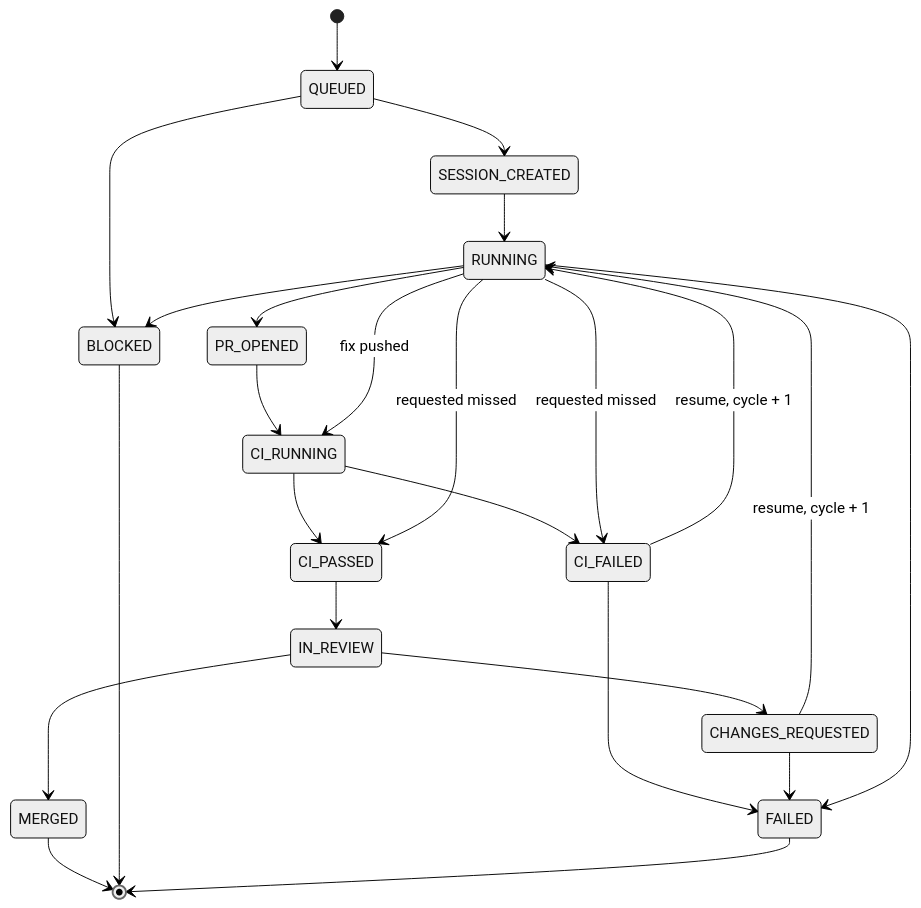
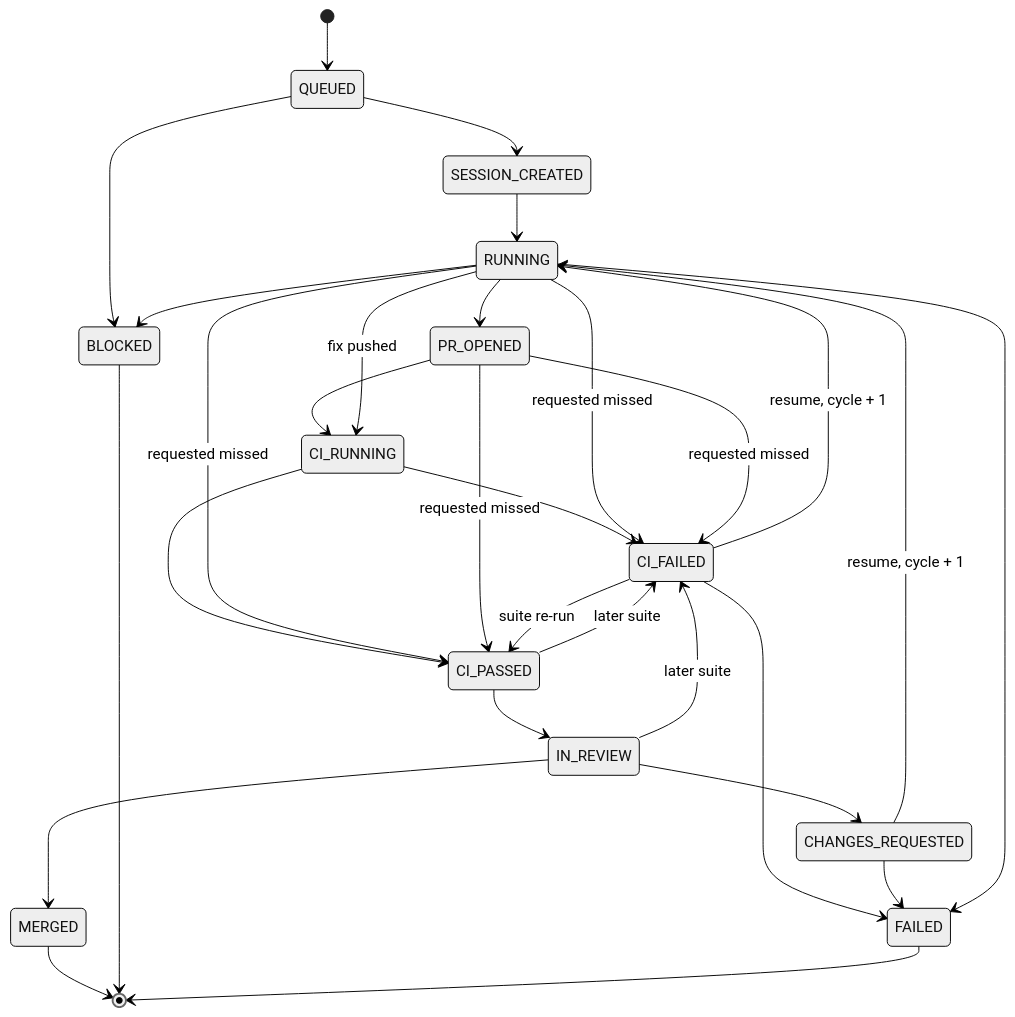
One commit to taxpon/sentinel changed the first of 2 diagrams in docs/04-state-machine.md. Above: the diagram before and after it, drawn with Mermaid (neutral theme). The commit also changed other lines of this file and 5 other files, not shown here.

````diff
--- a/docs/04-state-machine.md
+++ b/docs/04-state-machine.md
@@ -7,26 +7,31 @@
 ```mermaid
 stateDiagram-v2
     [*] --> QUEUED
     QUEUED --> SESSION_CREATED
     SESSION_CREATED --> RUNNING
     RUNNING --> PR_OPENED
     PR_OPENED --> CI_RUNNING
     RUNNING --> CI_RUNNING : fix pushed
     CI_RUNNING --> CI_FAILED
     CI_RUNNING --> CI_PASSED
     RUNNING --> CI_FAILED : requested missed
     RUNNING --> CI_PASSED : requested missed
+    PR_OPENED --> CI_FAILED : requested missed
+    PR_OPENED --> CI_PASSED : requested missed
+    CI_FAILED --> CI_PASSED : suite re-run
+    CI_PASSED --> CI_FAILED : later suite
+    IN_REVIEW --> CI_FAILED : later suite
     CI_FAILED --> RUNNING : resume, cycle + 1
     CI_PASSED --> IN_REVIEW
     IN_REVIEW --> CHANGES_REQUESTED
     CHANGES_REQUESTED --> RUNNING : resume, cycle + 1
     IN_REVIEW --> MERGED
     QUEUED --> BLOCKED
     RUNNING --> BLOCKED
     CI_FAILED --> FAILED
     CHANGES_REQUESTED --> FAILED
     RUNNING --> FAILED
     MERGED --> [*]
     BLOCKED --> [*]
     FAILED --> [*]
 ```
````
